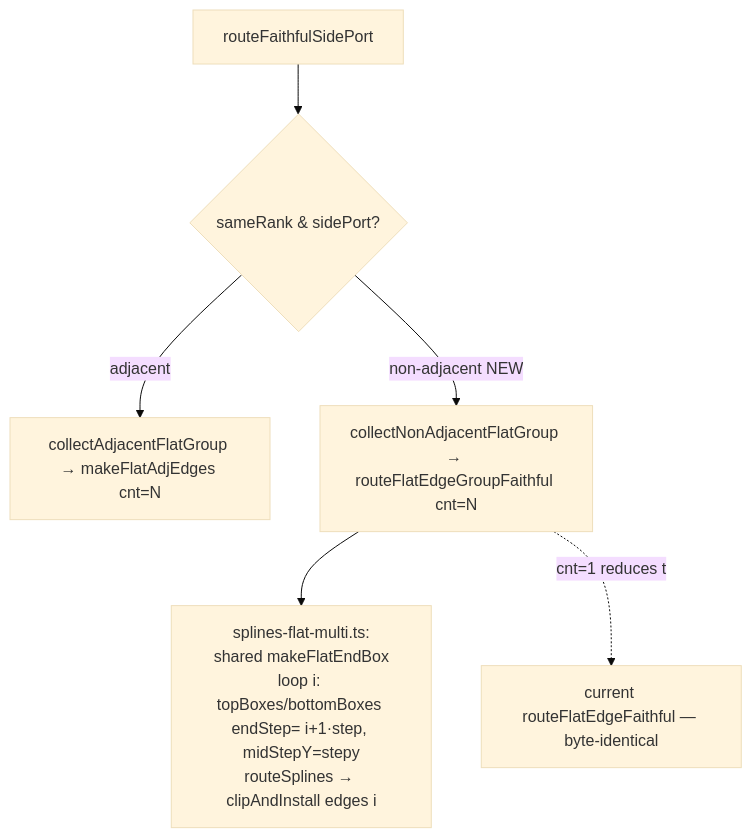
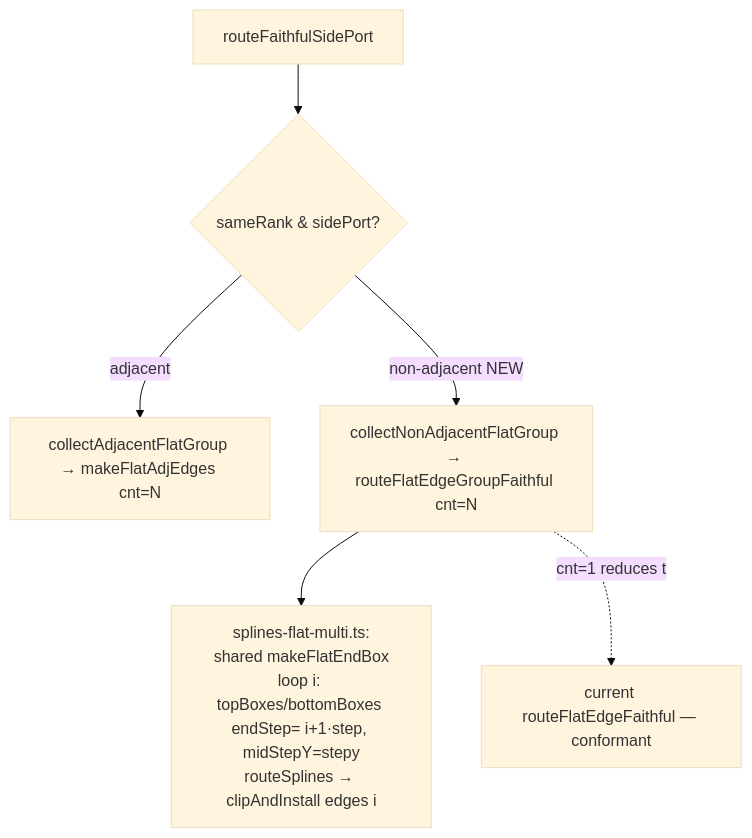
Before and after one commit to sseely/graphviz-ts: the third of 3 diagrams in plans/nonadjacent-flat-multi/diagrams/box-channel.md, drawn with Mermaid (base theme). The commit also changed 592 other files, not shown here.

````diff
--- a/plans/nonadjacent-flat-multi/diagrams/box-channel.md
+++ b/plans/nonadjacent-flat-multi/diagrams/box-channel.md
@@ -30,8 +30,8 @@
 ```mermaid
 flowchart TD
   P[routeFaithfulSidePort] --> Q{sameRank & sidePort?}
   Q -->|adjacent| R[collectAdjacentFlatGroup → makeFlatAdjEdges cnt=N]
   Q -->|non-adjacent NEW| S[collectNonAdjacentFlatGroup → routeFlatEdgeGroupFaithful cnt=N]
   S --> U[splines-flat-multi.ts:<br/>shared makeFlatEndBox<br/>loop i: topBoxes/bottomBoxes endStep= i+1·step, midStepY=stepy<br/>routeSplines → clipAndInstall edges i]
-  S -.cnt=1 reduces to.-> V[current routeFlatEdgeFaithful — byte-identical]
+  S -.cnt=1 reduces to.-> V[current routeFlatEdgeFaithful — conformant]
 ```
````
